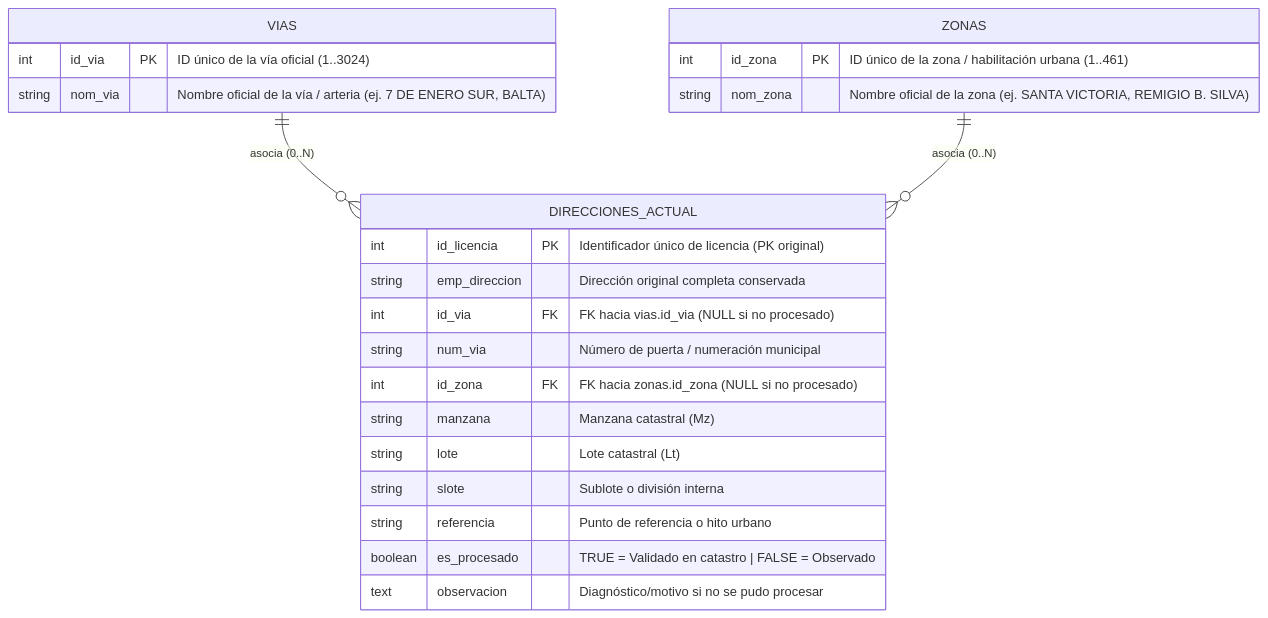
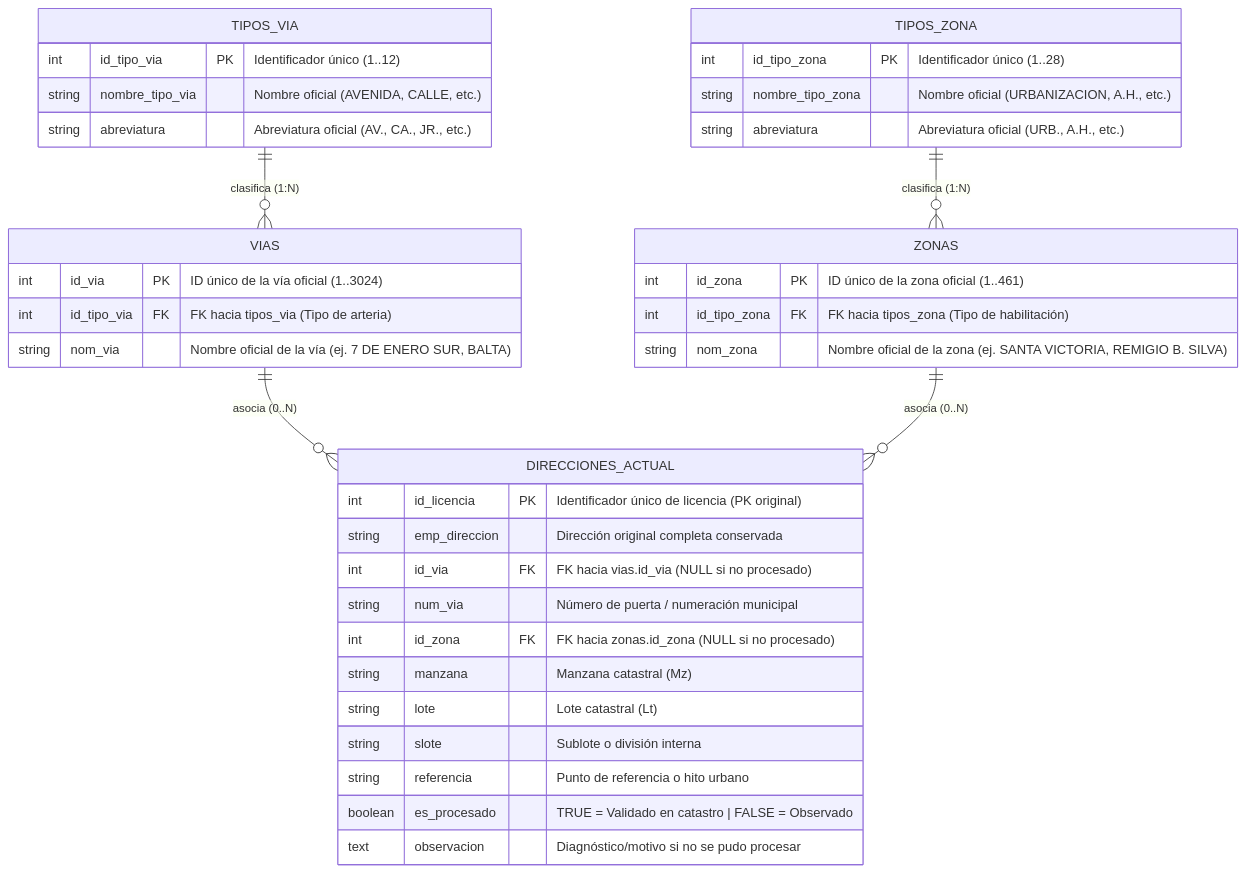
One commit to Chungm7/ETL_DIRECCIONES changed the first of 2 diagrams in docs/DIAGRAMA_BASE_DE_DATOS.md. Above: the diagram before and after it, drawn with Mermaid. The commit also changed other lines of this file and 3 other files, not shown here.

Commit message:
feat: conservar tipos_via y tipos_zona vinculados a vias y zonas manteniendo la estructura limpia en 3NF

````diff
--- a/docs/DIAGRAMA_BASE_DE_DATOS.md
+++ b/docs/DIAGRAMA_BASE_DE_DATOS.md
@@ -9,29 +9,45 @@
 ```mermaid
 erDiagram
+    TIPOS_VIA ||--o{ VIAS : "clasifica (1:N)"
+    TIPOS_ZONA ||--o{ ZONAS : "clasifica (1:N)"
     VIAS ||--o{ DIRECCIONES_ACTUAL : "asocia (0..N)"
     ZONAS ||--o{ DIRECCIONES_ACTUAL : "asocia (0..N)"
 
+    TIPOS_VIA {
+        int id_tipo_via PK "Identificador único (1..12)"
+        string nombre_tipo_via "Nombre oficial (AVENIDA, CALLE, etc.)"
+        string abreviatura "Abreviatura oficial (AV., CA., JR., etc.)"
+    }
+
+    TIPOS_ZONA {
+        int id_tipo_zona PK "Identificador único (1..28)"
+        string nombre_tipo_zona "Nombre oficial (URBANIZACION, A.H., etc.)"
+        string abreviatura "Abreviatura oficial (URB., A.H., etc.)"
+    }
+
     VIAS {
         int id_via PK "ID único de la vía oficial (1..3024)"
-        string nom_via "Nombre oficial de la vía / arteria (ej. 7 DE ENERO SUR, BALTA)"
+        int id_tipo_via FK "FK hacia tipos_via (Tipo de arteria)"
+        string nom_via "Nombre oficial de la vía (ej. 7 DE ENERO SUR, BALTA)"
     }
 
     ZONAS {
-        int id_zona PK "ID único de la zona / habilitación urbana (1..461)"
+        int id_zona PK "ID único de la zona oficial (1..461)"
+        int id_tipo_zona FK "FK hacia tipos_zona (Tipo de habilitación)"
         string nom_zona "Nombre oficial de la zona (ej. SANTA VICTORIA, REMIGIO B. SILVA)"
     }
 
     DIRECCIONES_ACTUAL {
         int id_licencia PK "Identificador único de licencia (PK original)"
         string emp_direccion "Dirección original completa conservada"
         int id_via FK "FK hacia vias.id_via (NULL si no procesado)"
         string num_via "Número de puerta / numeración municipal"
         int id_zona FK "FK hacia zonas.id_zona (NULL si no procesado)"
         string manzana "Manzana catastral (Mz)"
         string lote "Lote catastral (Lt)"
         string slote "Sublote o división interna"
         string referencia "Punto de referencia o hito urbano"
         boolean es_procesado "TRUE = Validado en catastro | FALSE = Observado"
         text observacion "Diagnóstico/motivo si no se pudo procesar"
     }
 ```
````
